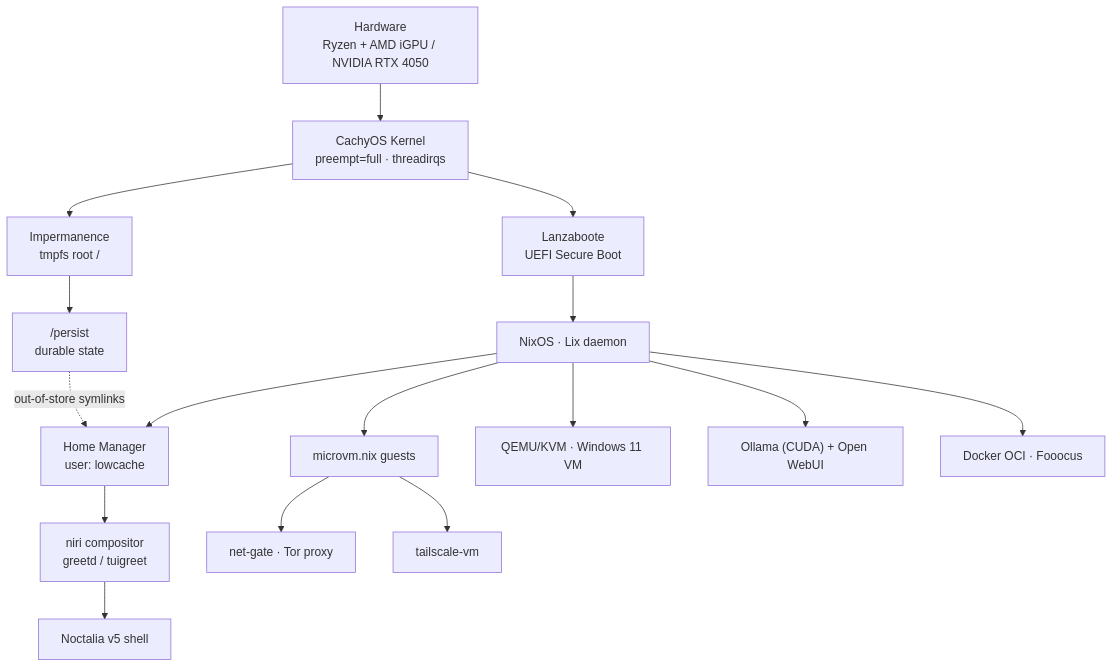
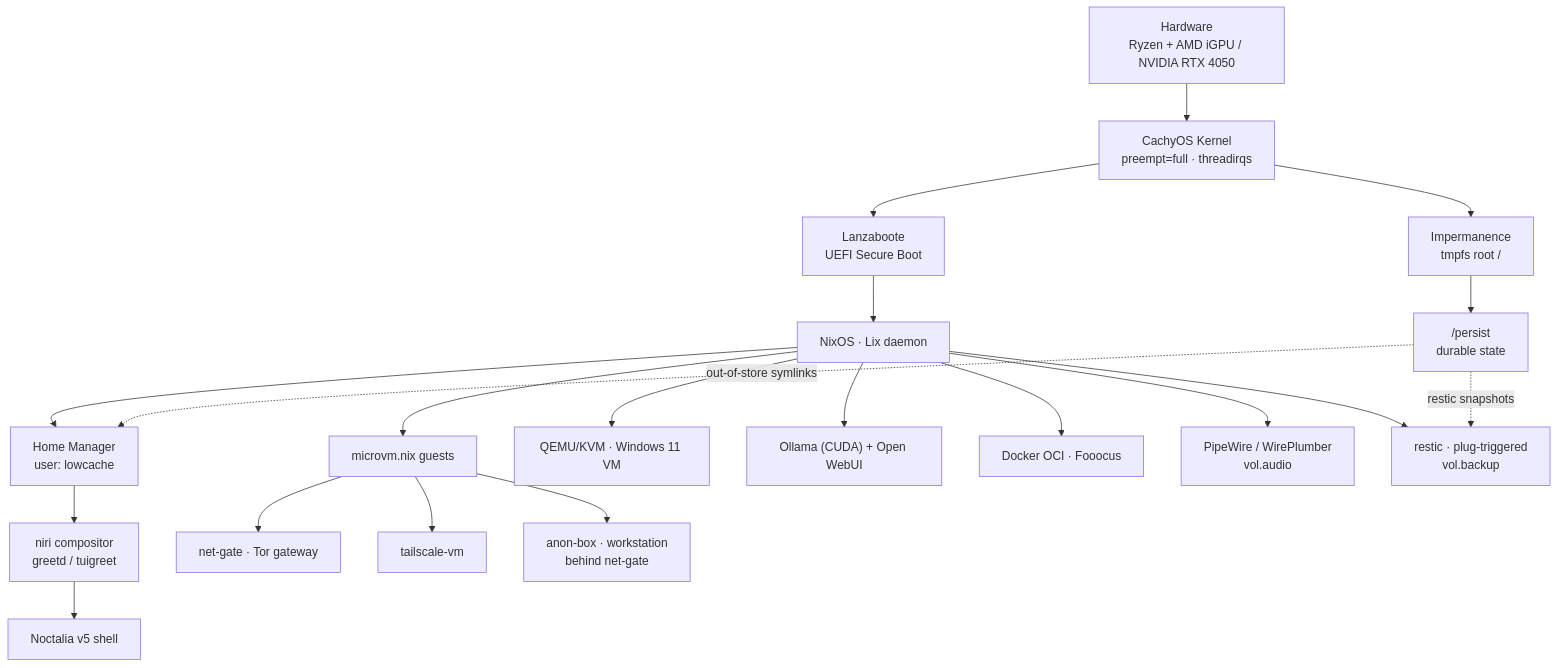
Before and after one commit to lowcache/volnixos-wiki: the diagram in content/en/architecture/_index.md, drawn with Mermaid. The commit also changed other lines of this file and 36 other files, not shown here.

````diff
--- a/content/en/architecture/_index.md
+++ b/content/en/architecture/_index.md
@@ -12,18 +13,22 @@
 ```mermaid
 graph TD
     HW["Hardware<br/>Ryzen + AMD iGPU / NVIDIA RTX 4050"] --> K["CachyOS Kernel<br/>preempt=full · threadirqs"]
     K --> LB["Lanzaboote<br/>UEFI Secure Boot"]
     K --> IMP["Impermanence<br/>tmpfs root /"]
     IMP --> P["/persist<br/>durable state"]
     LB --> NIX["NixOS · Lix daemon"]
     NIX --> HM["Home Manager<br/>user: lowcache"]
     HM --> NIRI["niri compositor<br/>greetd / tuigreet"]
     NIRI --> NOCT["Noctalia v5 shell"]
     NIX --> VM["microvm.nix guests"]
-    VM --> TOR["net-gate · Tor proxy"]
+    VM --> TOR["net-gate · Tor gateway"]
     VM --> TS["tailscale-vm"]
+    VM --> ANON["anon-box · workstation<br/>behind net-gate"]
     NIX --> WIN["QEMU/KVM · Windows 11 VM"]
     NIX --> AI["Ollama (CUDA) + Open WebUI"]
     NIX --> DK["Docker OCI · Fooocus"]
+    NIX --> AUD["PipeWire / WirePlumber<br/>vol.audio"]
+    NIX --> BAK["restic · plug-triggered<br/>vol.backup"]
     P -. out-of-store symlinks .-> HM
+    P -. restic snapshots .-> BAK
 ```
````
